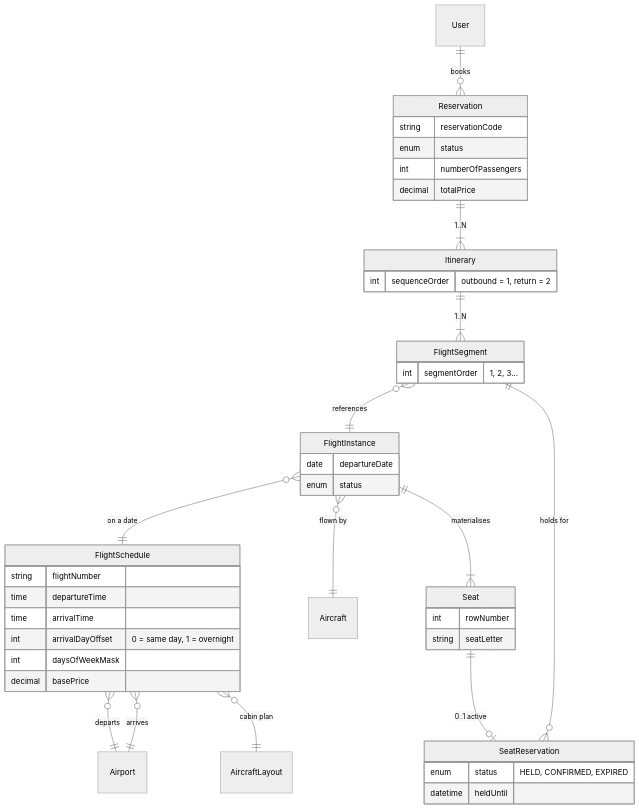
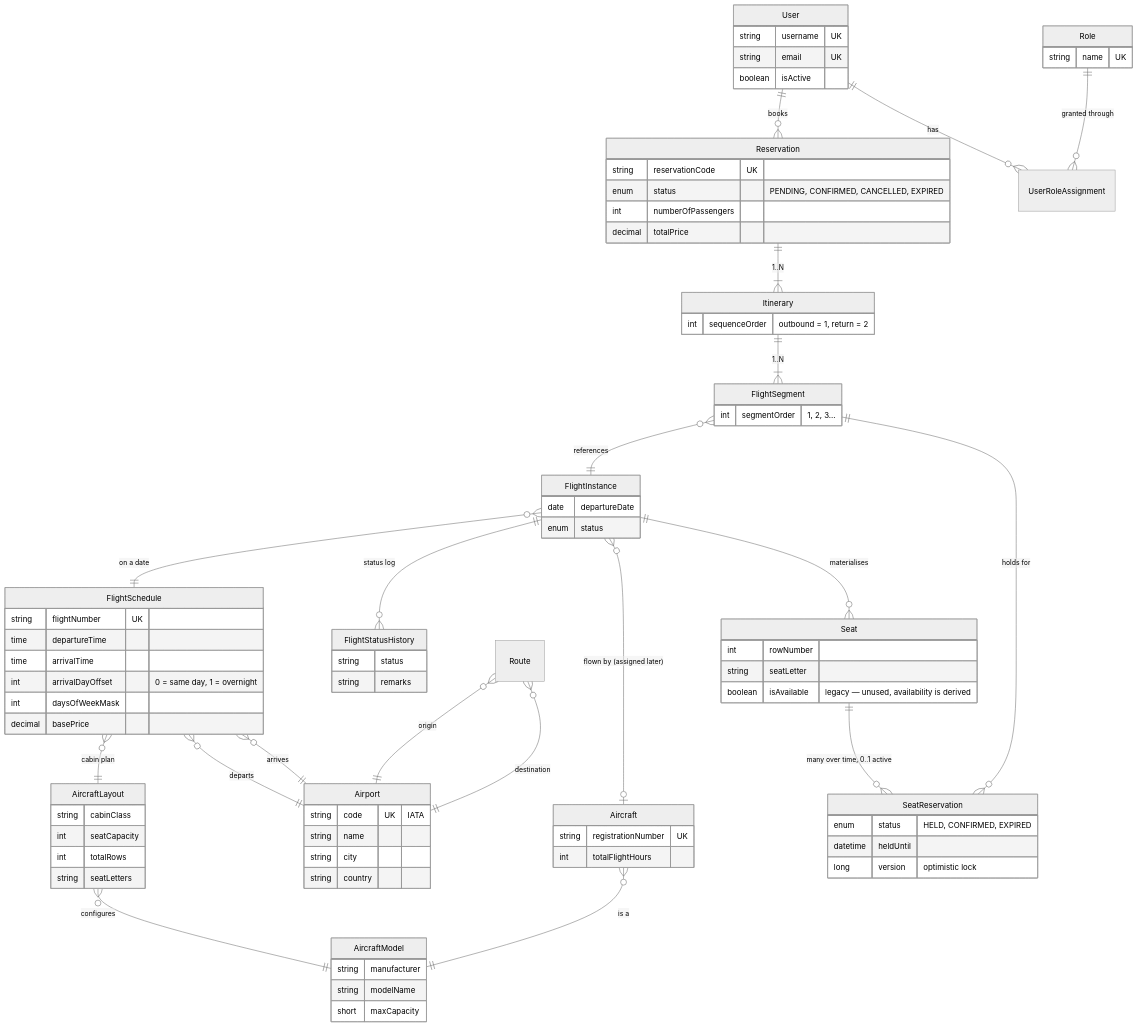
One commit to Mek3/flight-booking-api changed the first of 3 diagrams in README.md. Above: the diagram before and after it, drawn with Mermaid (neutral theme). The commit also changed other lines of this file, not shown here.

Commit message:
docs: document the local seeder and demo credentials

````diff
--- a/README.md
+++ b/README.md
@@ -19,21 +21,34 @@
 ```mermaid
 erDiagram
     User ||--o{ Reservation : books
+    User ||--o{ UserRoleAssignment : has
+    Role ||--o{ UserRoleAssignment : "granted through"
+
     Reservation ||--|{ Itinerary : "1..N"
     Itinerary ||--|{ FlightSegment : "1..N"
     FlightSegment }o--|| FlightInstance : references
+
     FlightInstance }o--|| FlightSchedule : "on a date"
-    FlightInstance }o--|| Aircraft : "flown by"
+    FlightInstance }o--o| Aircraft : "flown by (assigned later)"
+    FlightInstance ||--o{ FlightStatusHistory : "status log"
+    FlightInstance ||--o{ Seat : materialises
+
     FlightSchedule }o--|| Airport : departs
     FlightSchedule }o--|| Airport : arrives
     FlightSchedule }o--|| AircraftLayout : "cabin plan"
-    FlightInstance ||--|{ Seat : materialises
-    Seat ||--o| SeatReservation : "0..1 active"
+
+    AircraftLayout }o--|| AircraftModel : "configures"
+    Aircraft }o--|| AircraftModel : "is a"
+
+    Seat ||--o{ SeatReservation : "many over time, 0..1 active"
     SeatReservation }o--|| FlightSegment : "holds for"
 
+    Route }o--|| Airport : origin
+    Route }o--|| Airport : destination
+
     Reservation {
-        string reservationCode
-        enum status
+        string reservationCode UK
+        enum status "PENDING, CONFIRMED, CANCELLED, EXPIRED"
         int numberOfPassengers
         decimal totalPrice
     }
@@ -47,20 +62,55 @@
         date departureDate
         enum status
     }
+    FlightStatusHistory {
+        string status
+        string remarks
+    }
     FlightSchedule {
-        string flightNumber
+        string flightNumber UK
         time departureTime
         time arrivalTime
         int arrivalDayOffset "0 = same day, 1 = overnight"
         int daysOfWeekMask
         decimal basePrice
     }
+    Airport {
+        string code UK "IATA"
+        string name
+        string city
+        string country
+    }
+    AircraftModel {
+        string manufacturer
+        string modelName
+        short maxCapacity
+    }
+    AircraftLayout {
+        string cabinClass
+        int seatCapacity
+        int totalRows
+        string seatLetters
+    }
+    Aircraft {
+        string registrationNumber UK
+        int totalFlightHours
+    }
     Seat {
         int rowNumber
         string seatLetter
+        boolean isAvailable "legacy — unused, availability is derived"
     }
     SeatReservation {
         enum status "HELD, CONFIRMED, EXPIRED"
         datetime heldUntil
+        long version "optimistic lock"
+    }
+    User {
+        string username UK
+        string email UK
+        boolean isActive
+    }
+    Role {
+        string name UK
     }
 ```
````
